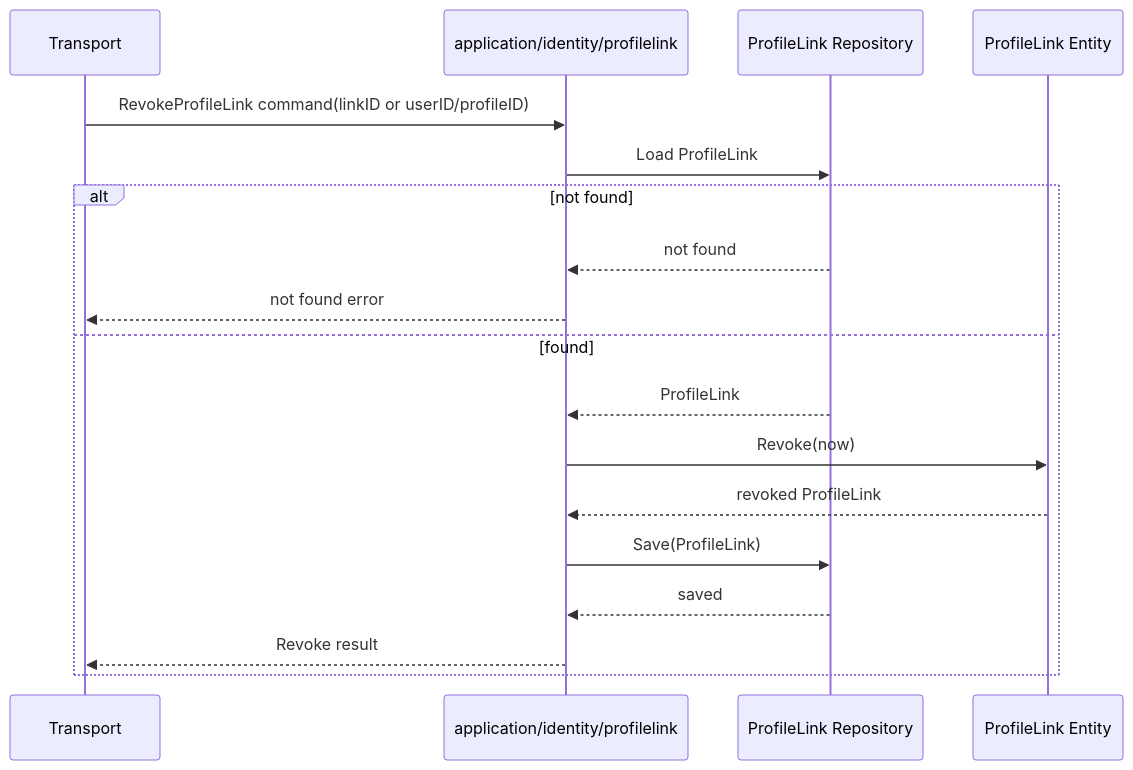
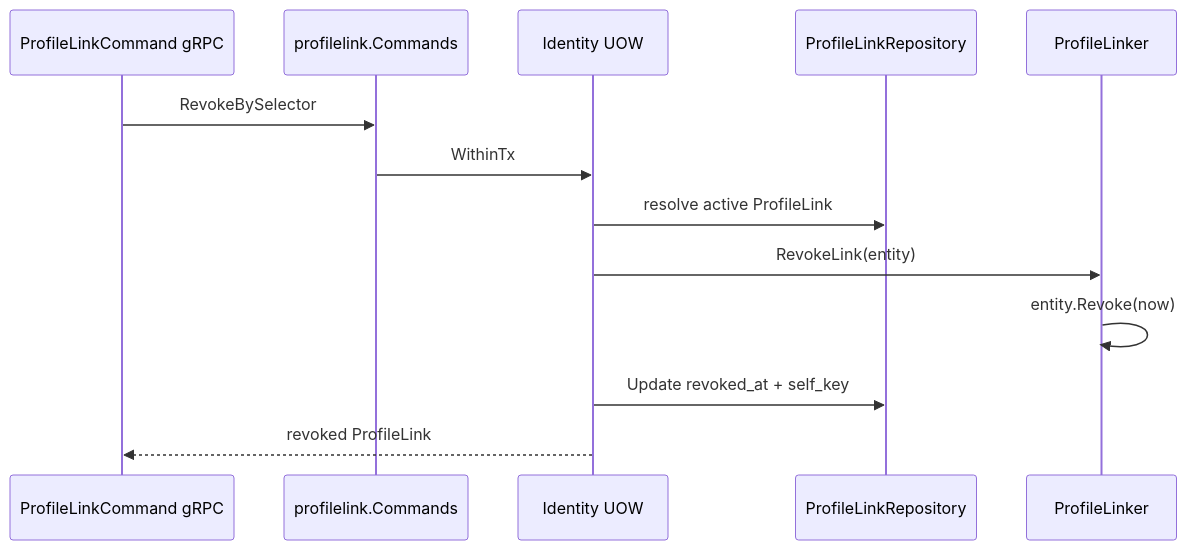
One commit to FangcunMount/iam changed the third of 3 diagrams in docs/02-业务模块/01-Identity/03-关键链路-建立与撤销ProfileLink.md. Above: the diagram before and after it, drawn with Mermaid. The commit also changed other lines of this file and 7 other files, not shown here.

````diff
--- a/docs/02-业务模块/01-Identity/03-关键链路-建立与撤销ProfileLink.md
+++ b/docs/02-业务模块/01-Identity/03-关键链路-建立与撤销ProfileLink.md
@@ -461,21 +250,16 @@
 ```mermaid
 sequenceDiagram
-    participant T as Transport
-    participant A as application/identity/profilelink
-    participant R as ProfileLink Repository
-    participant D as ProfileLink Entity
+    participant G as ProfileLinkCommand gRPC
+    participant A as profilelink.Commands
+    participant U as Identity UOW
+    participant R as ProfileLinkRepository
+    participant L as ProfileLinker
 
-    T->>A: RevokeProfileLink command(linkID or userID/profileID)
-    A->>R: Load ProfileLink
-    alt not found
-        R-->>A: not found
-        A-->>T: not found error
-    else found
-        R-->>A: ProfileLink
-        A->>D: Revoke(now)
-        D-->>A: revoked ProfileLink
-        A->>R: Save(ProfileLink)
-        R-->>A: saved
-        A-->>T: Revoke result
-    end
+    G->>A: RevokeBySelector
+    A->>U: WithinTx
+    U->>R: resolve active ProfileLink
+    U->>L: RevokeLink(entity)
+    L->>L: entity.Revoke(now)
+    U->>R: Update revoked_at + self_key
+    U-->>G: revoked ProfileLink
 ```
````
